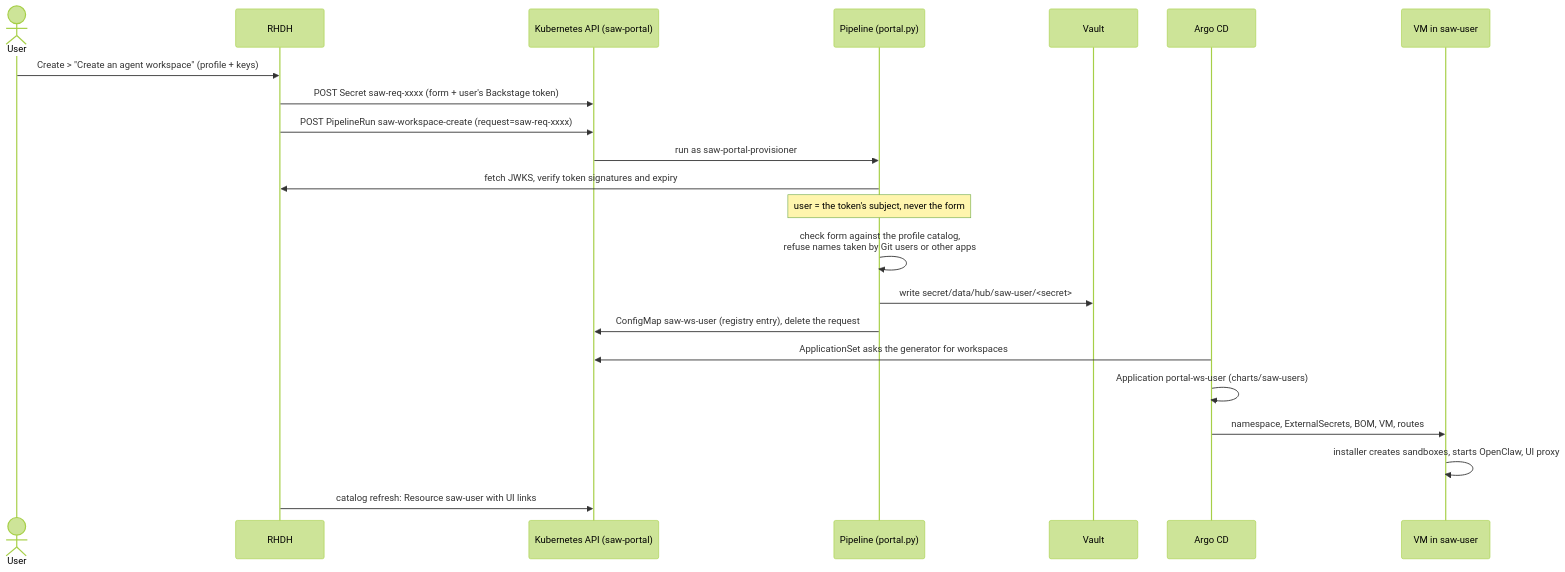
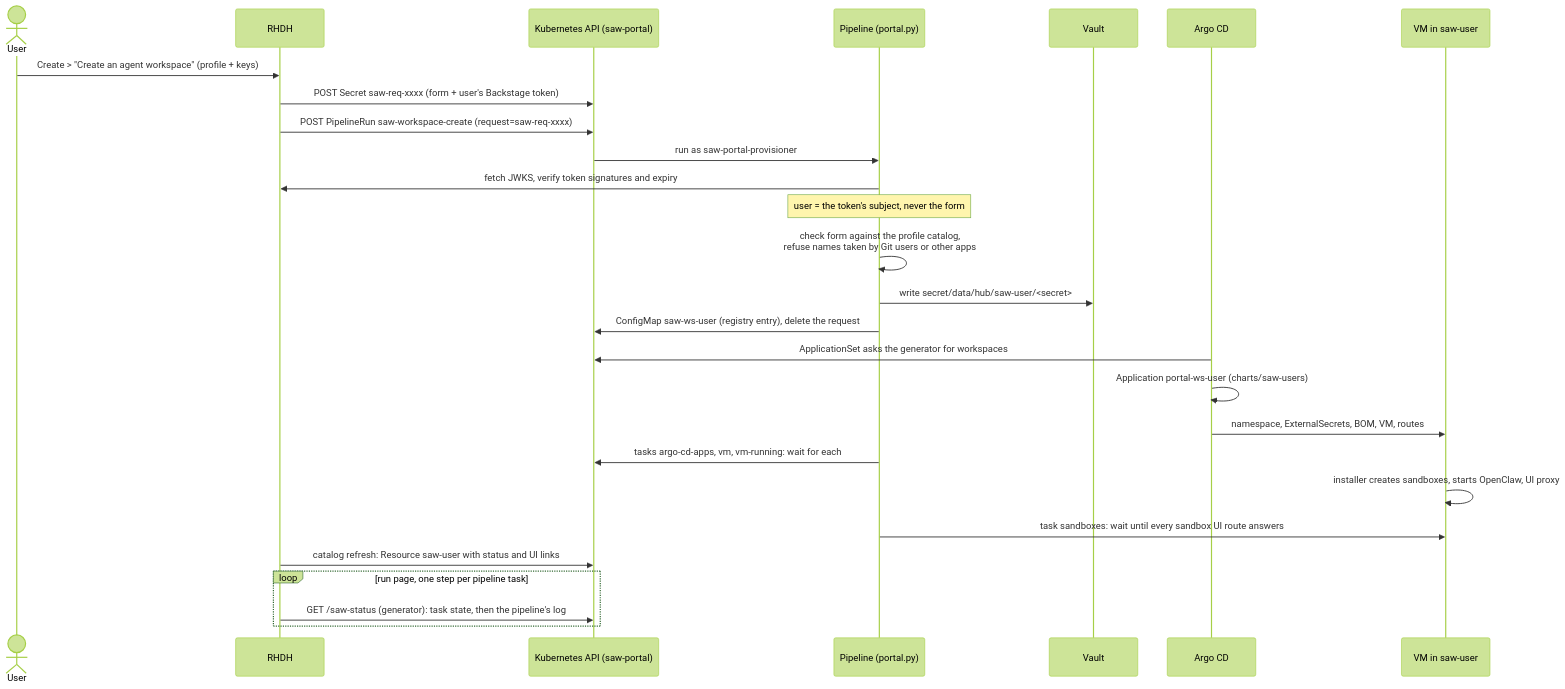
One commit to Hadar301/secure-agent-workspace changed the second of 3 diagrams in docs/rhdh-architecture.md. Above: the diagram before and after it, drawn with Mermaid (forest theme). The commit also changed other lines of this file and 16 other files, not shown here.

````diff
--- a/docs/rhdh-architecture.md
+++ b/docs/rhdh-architecture.md
@@ -75,25 +76,30 @@
 ```mermaid
 sequenceDiagram
   actor U as User
   participant R as RHDH
   participant K as Kubernetes API (saw-portal)
   participant P as Pipeline (portal.py)
   participant V as Vault
   participant A as Argo CD
   participant VM as VM in saw-user
 
   U->>R: Create > "Create an agent workspace" (profile + keys)
   R->>K: POST Secret saw-req-xxxx (form + user's Backstage token)
   R->>K: POST PipelineRun saw-workspace-create (request=saw-req-xxxx)
   K->>P: run as saw-portal-provisioner
   P->>R: fetch JWKS, verify token signatures and expiry
   Note over P: user = the token's subject, never the form
   P->>P: check form against the profile catalog,<br/>refuse names taken by Git users or other apps
   P->>V: write secret/data/hub/saw-user/<secret>
   P->>K: ConfigMap saw-ws-user (registry entry), delete the request
   A->>K: ApplicationSet asks the generator for workspaces
   A->>A: Application portal-ws-user (charts/saw-users)
   A->>VM: namespace, ExternalSecrets, BOM, VM, routes
+  P->>K: tasks argo-cd-apps, vm, vm-running: wait for each
   VM->>VM: installer creates sandboxes, starts OpenClaw, UI proxy
-  R->>K: catalog refresh: Resource saw-user with UI links
+  P->>VM: task sandboxes: wait until every sandbox UI route answers
+  R->>K: catalog refresh: Resource saw-user with status and UI links
+  loop run page, one step per pipeline task
+    R->>K: GET /saw-status (generator): task state, then the pipeline's log
+  end
 ```
````
